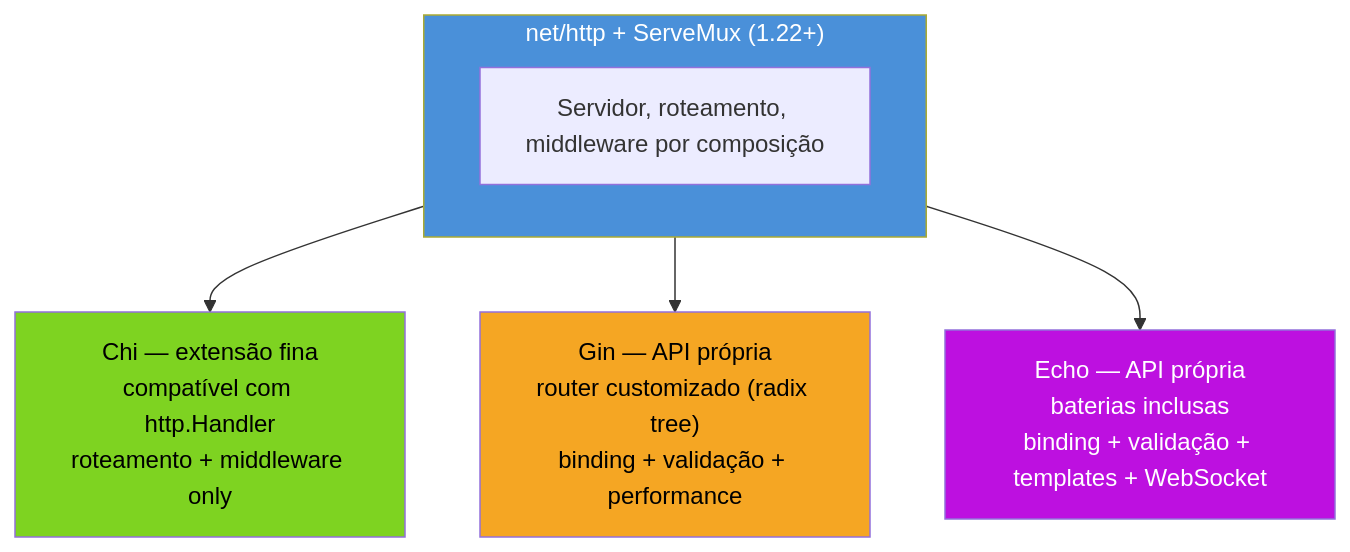
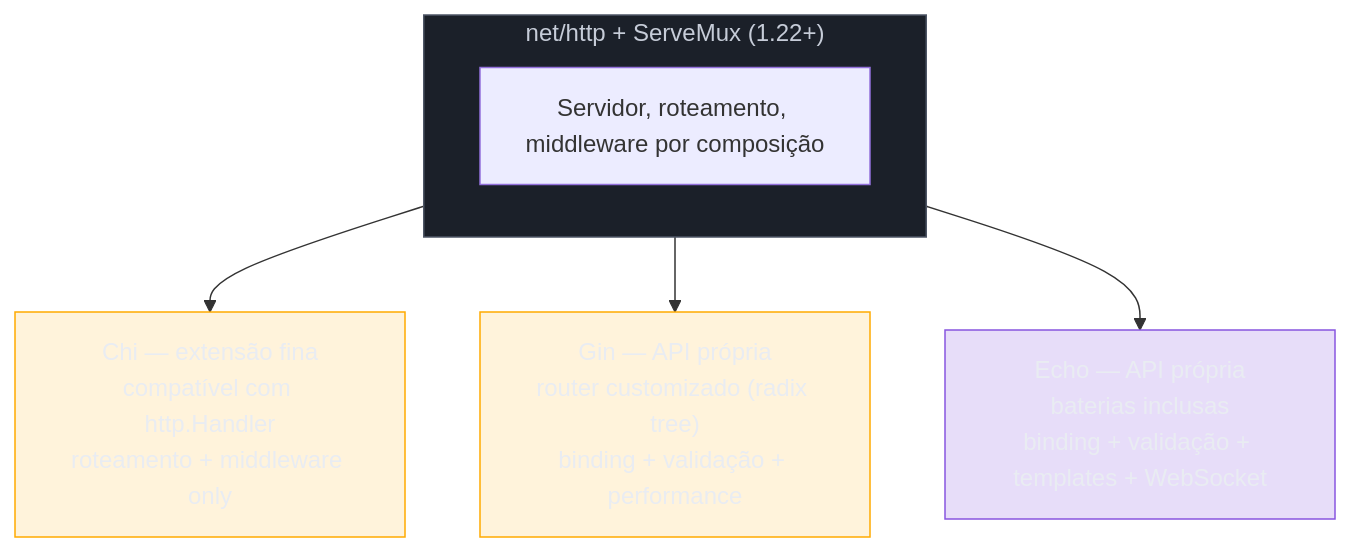
One commit to josenaldo/codex-technomanticus changed the diagram in 03-Dominios/Tecnologia/Go/10 - HTTP e frameworks web/05 - Frameworks — Gin, Chi, Echo.md. Above: the diagram before and after it, drawn with Mermaid. The commit also changed 1181 other files, not shown here.

First line of the commit message:
fix(diagramas): paleta do sistema no lugar de cor cravada no markdown

````diff
--- a/03-Dominios/Tecnologia/Go/10 - HTTP e frameworks web/05 - Frameworks — Gin, Chi, Echo.md
+++ b/03-Dominios/Tecnologia/Go/10 - HTTP e frameworks web/05 - Frameworks — Gin, Chi, Echo.md
@@ -78,15 +78,18 @@
 ```mermaid
 flowchart TB
+    classDef neutro fill:#1B2029,stroke:#4E5666,color:#C6CCD8
+    classDef destaque fill:#FFAA0024,stroke:#FFAA00,color:#E9ECF2
+    classDef marca fill:#8855DF33,stroke:#8855DF,color:#E9ECF2
     subgraph stdlib["net/http + ServeMux (1.22+)"]
         A["Servidor, roteamento, middleware por composição"]
     end
 
     stdlib --> Chi["Chi — extensão fina\ncompatível com http.Handler\nroteamento + middleware only"]
     stdlib --> Gin["Gin — API própria\nrouter customizado (radix tree)\nbinding + validação + performance"]
     stdlib --> Echo["Echo — API própria\nbaterias inclusas\nbinding + validação + templates + WebSocket"]
 
-    style stdlib fill:#4A90D9,color:#fff
-    style Chi fill:#7ED321,color:#000
-    style Gin fill:#F5A623,color:#000
-    style Echo fill:#BD10E0,color:#fff
+    class stdlib neutro
+    class Chi destaque
+    class Gin destaque
+    class Echo marca
 ```
````
